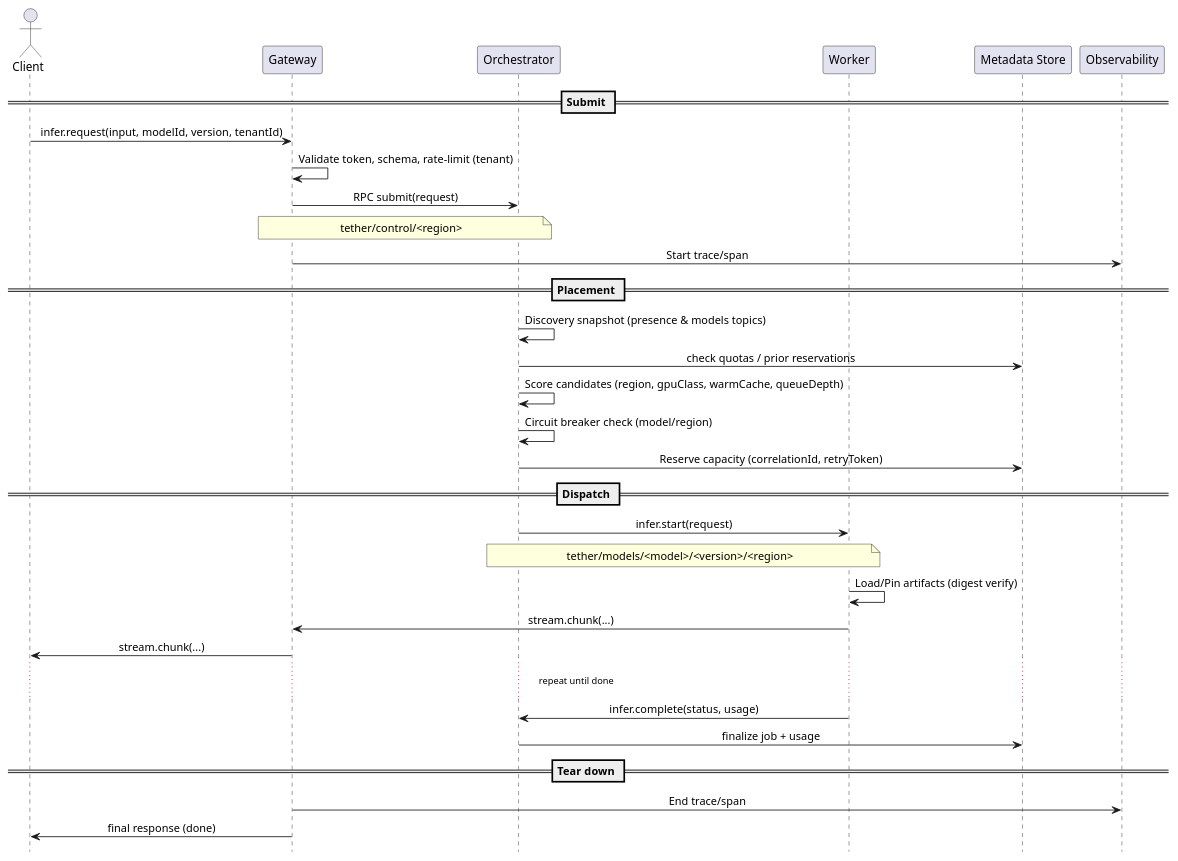
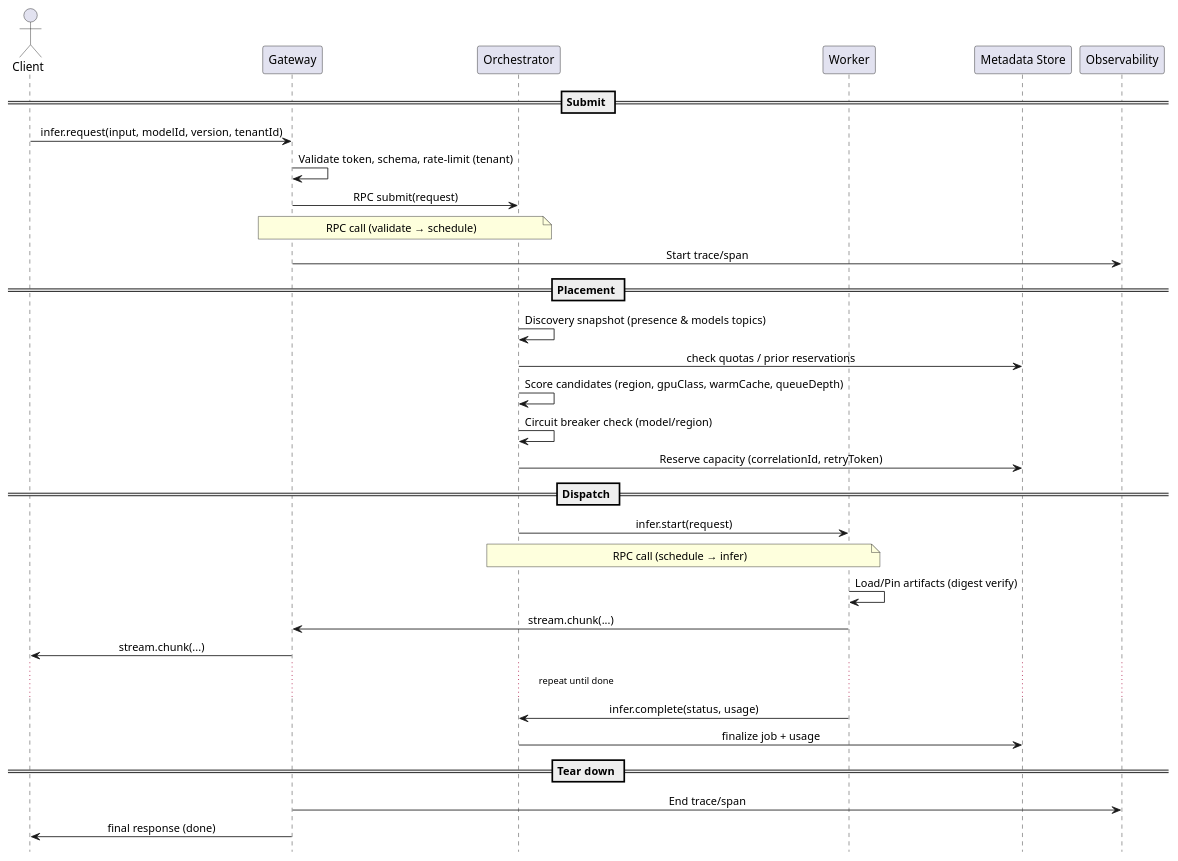
One commit to Branexai/haif changed the second of 3 diagrams in docs/c4-code.md. Above: the diagram before and after it, drawn with PlantUML. The commit also changed other lines of this file and 38 other files, not shown here.

````diff
--- a/docs/c4-code.md
+++ b/docs/c4-code.md
@@ -44,42 +71,42 @@
 ```plantuml
 @startuml Sequence-Request-Lifecycle
 hide footbox
 skinparam shadowing false
 skinparam sequenceMessageAlign center
 
 actor Client
 participant Gateway
 participant Orchestrator
 participant Worker as W
 participant "Metadata Store" as Meta
 participant "Observability" as Obs
 
 == Submit ==
 Client -> Gateway: infer.request(input, modelId, version, tenantId)
 Gateway -> Gateway: Validate token, schema, rate-limit (tenant)
-Gateway -> Orchestrator: RPC submit(request) 
-note over Gateway,Orchestrator: tether/control/<region>
+Gateway -> Orchestrator: RPC submit(request)
+note over Gateway,Orchestrator: RPC call (validate → schedule)
 Gateway -> Obs: Start trace/span
 
 == Placement ==
 Orchestrator -> Orchestrator: Discovery snapshot (presence & models topics)
 Orchestrator -> Meta: check quotas / prior reservations
 Orchestrator -> Orchestrator: Score candidates (region, gpuClass, warmCache, queueDepth)
 Orchestrator -> Orchestrator: Circuit breaker check (model/region)
 Orchestrator -> Meta: Reserve capacity (correlationId, retryToken)
 
 == Dispatch ==
 Orchestrator -> W: infer.start(request)
-note over Orchestrator,W: tether/models/<model>/<version>/<region>
+note over Orchestrator,W: RPC call (schedule → infer)
 W -> W: Load/Pin artifacts (digest verify)
 W -> Gateway: stream.chunk(...)
 Gateway -> Client: stream.chunk(...)
 ... repeat until done ...
 W -> Orchestrator: infer.complete(status, usage)
 Orchestrator -> Meta: finalize job + usage
 
 == Tear down ==
 Gateway -> Obs: End trace/span
 Gateway -> Client: final response (done)
 @enduml
 ```
````
